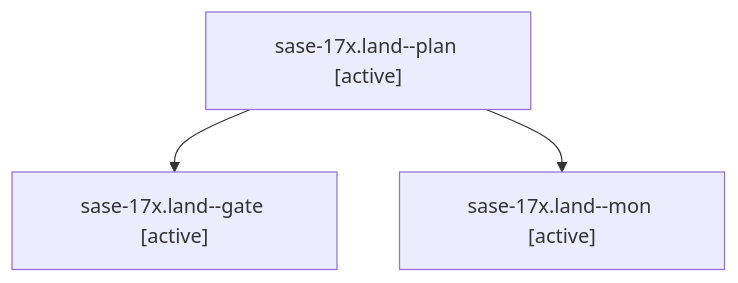
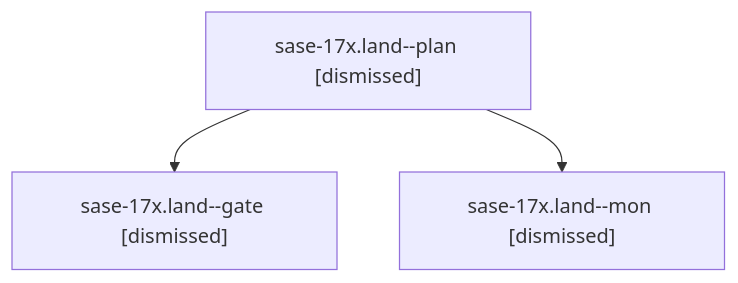
One commit to sase-org/sase--agents changed the diagram in sessions/bbugyi200.athena.sase-17x.land.md. Above: the diagram before and after it, drawn with Mermaid. The commit also changed other lines of this file and 170 other files, not shown here.

````diff
--- a/sessions/bbugyi200.athena.sase-17x.land.md
+++ b/sessions/bbugyi200.athena.sase-17x.land.md
@@ -9,8 +9,8 @@
 ```mermaid
 flowchart TD
-  n0["sase-17x.land--plan [active]"]
-  n1["sase-17x.land--gate [active]"]
+  n0["sase-17x.land--plan [dismissed]"]
+  n1["sase-17x.land--gate [dismissed]"]
   n0 --> n1
-  n2["sase-17x.land--mon [active]"]
+  n2["sase-17x.land--mon [dismissed]"]
   n0 --> n2
 ```
````
